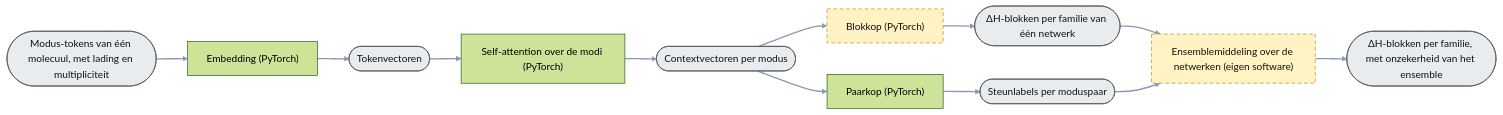
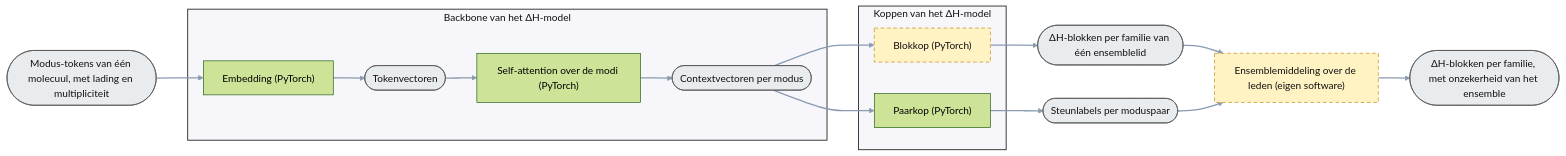
One commit to thebreadishard/udacity-capstone-plan changed the sixth of 8 diagrams in plans/05_delta-probed-ir-pipeline/GoalGathering/architecture/ARCHITECTURE.md. Above: the diagram before and after it, drawn with Mermaid (forest theme). The commit also changed other lines of this file and 4 other files, not shown here.

````diff
--- a/plans/05_delta-probed-ir-pipeline/GoalGathering/architecture/ARCHITECTURE.md
+++ b/plans/05_delta-probed-ir-pipeline/GoalGathering/architecture/ARCHITECTURE.md
@@ -262,24 +263,37 @@
 ```mermaid
-%% Componenten van de forward pass (niveau 4): wat er binnen de stap "Forward pass (eigen netwerk, PyTorch)" van blad 4 gebeurt. Doelarchitectuur; grotendeels nog niet gebouwd.
+%% Componenten van het ΔH-model (niveau 4): wat er binnen de stap "Forward pass (ΔH-model, PyTorch)" van blad 4 gebeurt. Backbone = embedding en self-attention; koppen = blokkop en paarkop; het ensemble bestaat uit leden met verschillende seeds. Doelarchitectuur; grotendeels nog niet gebouwd.
 %% Rechthoek = processtap (bewerking + software); ronde uiteinden = data-object (het ding). Elke stap levert één data-object. Gestippeld = nog niet gebouwd.
 flowchart LR
   linkStyle default stroke:#8a9bb0,stroke-width:2.2px
   classDef planned stroke-dasharray: 6 4,stroke:#b8860b,fill:#fff3c4,color:#111
   classDef data fill:#e9ecef,stroke:#555,color:#111
+  classDef part fill:#f7f7fb,stroke:#333,stroke-width:1.5px,color:#111
 
   TOK(["Modus-tokens van één molecuul, met lading en multipliciteit"]):::data
   EMB["Embedding (PyTorch)"]
   EMBV(["Tokenvectoren"]):::data
   ATT["Self-attention over de modi (PyTorch)"]
   CTX(["Contextvectoren per modus"]):::data
   BLK["Blokkop (PyTorch)"]:::planned
-  BLKS(["ΔH-blokken per familie van één netwerk"]):::data
+  BLKS(["ΔH-blokken per familie van één ensemblelid"]):::data
   PAIR["Paarkop (PyTorch)"]
   PAIRS(["Steunlabels per moduspaar"]):::data
-  ENSA["Ensemblemiddeling over de netwerken (eigen software)"]:::planned
+  ENSA["Ensemblemiddeling over de leden (eigen software)"]:::planned
   OUT(["ΔH-blokken per familie, met onzekerheid van het ensemble"]):::data
+
+  subgraph BB["Backbone van het ΔH-model"]
+    EMB
+    EMBV
+    ATT
+    CTX
+  end
+  subgraph HD["Koppen van het ΔH-model"]
+    BLK
+    PAIR
+  end
+  class BB,HD part
 
   TOK --> EMB --> EMBV --> ATT --> CTX
   CTX --> BLK --> BLKS --> ENSA --> OUT
   CTX --> PAIR --> PAIRS --> ENSA
 ```
````
